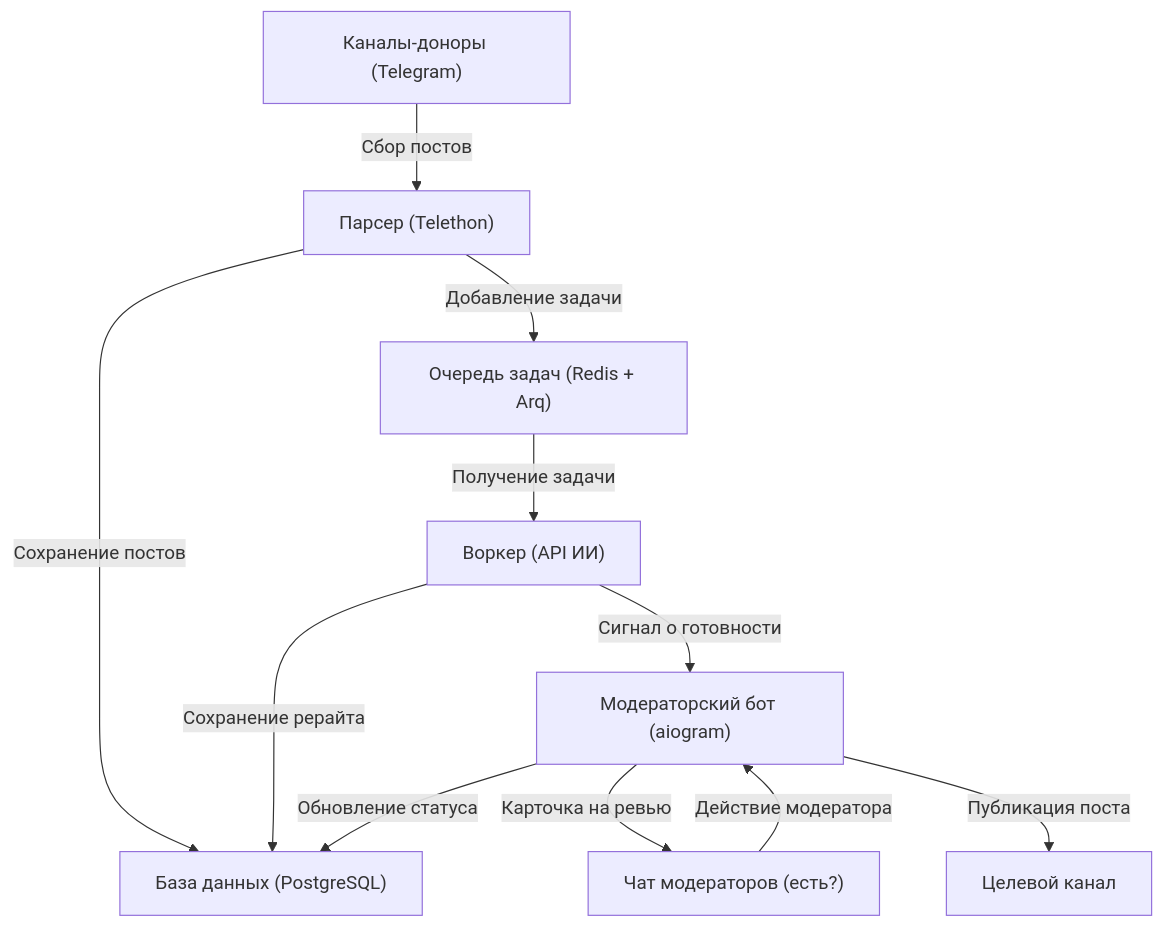
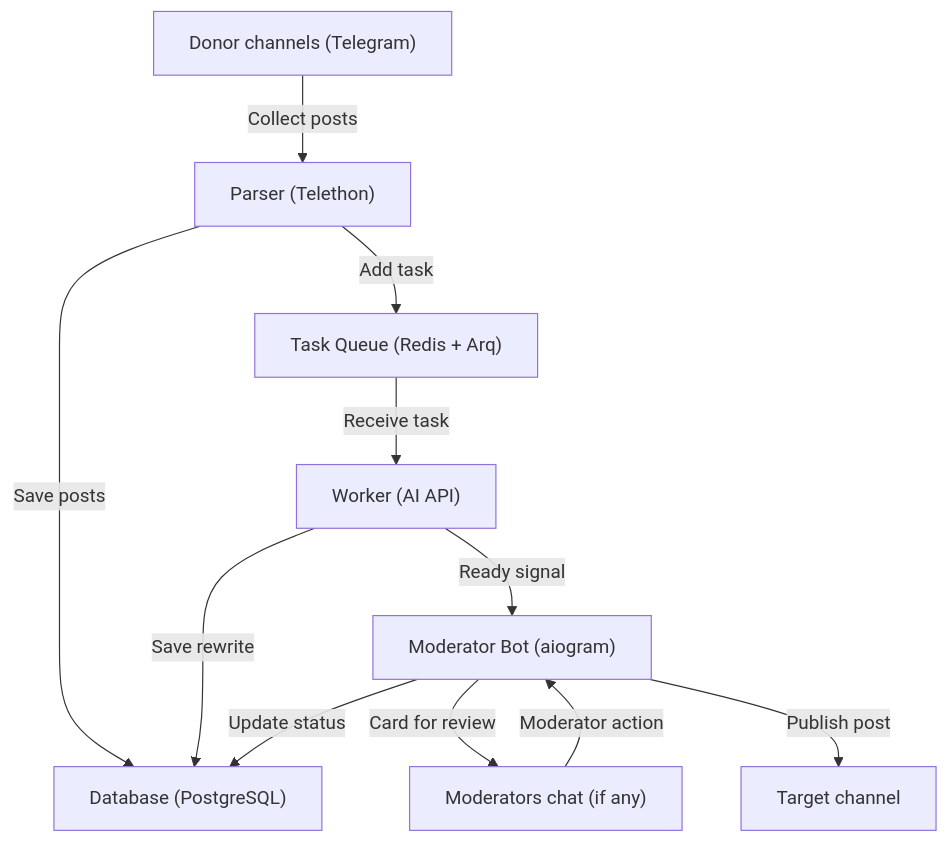
The diagram in README.md (ivanchik-byte/Telegram-Channel-Admin), drawn with Mermaid before and after one commit. The commit also changed other lines of this file and 6 other files, not shown here.

````diff
--- a/README.md
+++ b/README.md
@@ -26,13 +26,13 @@
 ```mermaid
 flowchart TD
-    Donors["Каналы-доноры (Telegram)"] -->|Сбор постов| Parser["Парсер (Telethon)"]
-    Parser -->|Сохранение постов| DB["База данных (PostgreSQL)"]
-    Parser -->|Добавление задачи| Queue["Очередь задач (Redis + Arq)"]
-    Queue -->|Получение задачи| Worker["Воркер (API ИИ)"]
-    Worker -->|Сохранение рерайта| DB
-    Worker -->|Сигнал о готовности| Bot["Модераторский бот (aiogram)"]
-    Bot -->|Карточка на ревью| ModGroup["Чат модераторов (есть?)"]
-    ModGroup -->|Действие модератора| Bot
-    Bot -->|Обновление статуса| DB
-    Bot -->|Публикация поста| TargetChannel["Целевой канал"]
+    Donors["Donor channels (Telegram)"] -->|Collect posts| Parser["Parser (Telethon)"]
+    Parser -->|Save posts| DB["Database (PostgreSQL)"]
+    Parser -->|Add task| Queue["Task Queue (Redis + Arq)"]
+    Queue -->|Receive task| Worker["Worker (AI API)"]
+    Worker -->|Save rewrite| DB
+    Worker -->|Ready signal| Bot["Moderator Bot (aiogram)"]
+    Bot -->|Card for review| ModGroup["Moderators chat (if any)"]
+    ModGroup -->|Moderator action| Bot
+    Bot -->|Update status| DB
+    Bot -->|Publish post| TargetChannel["Target channel"]
 ```
````
